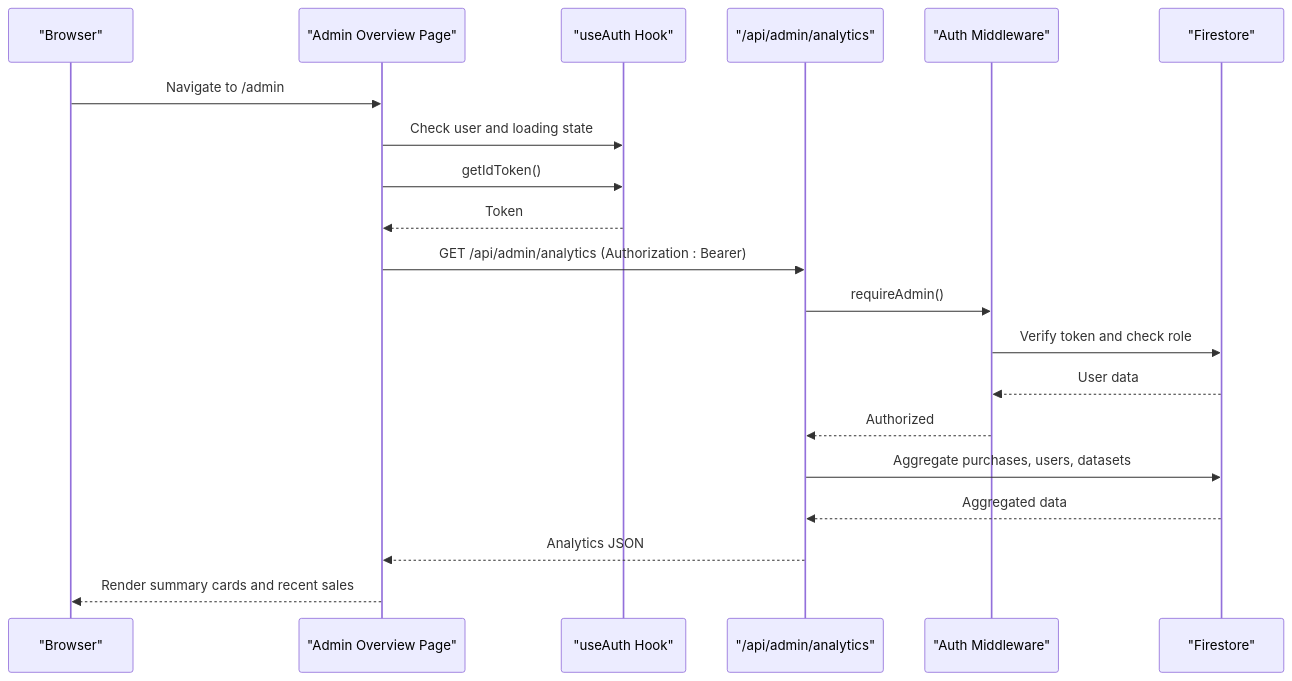
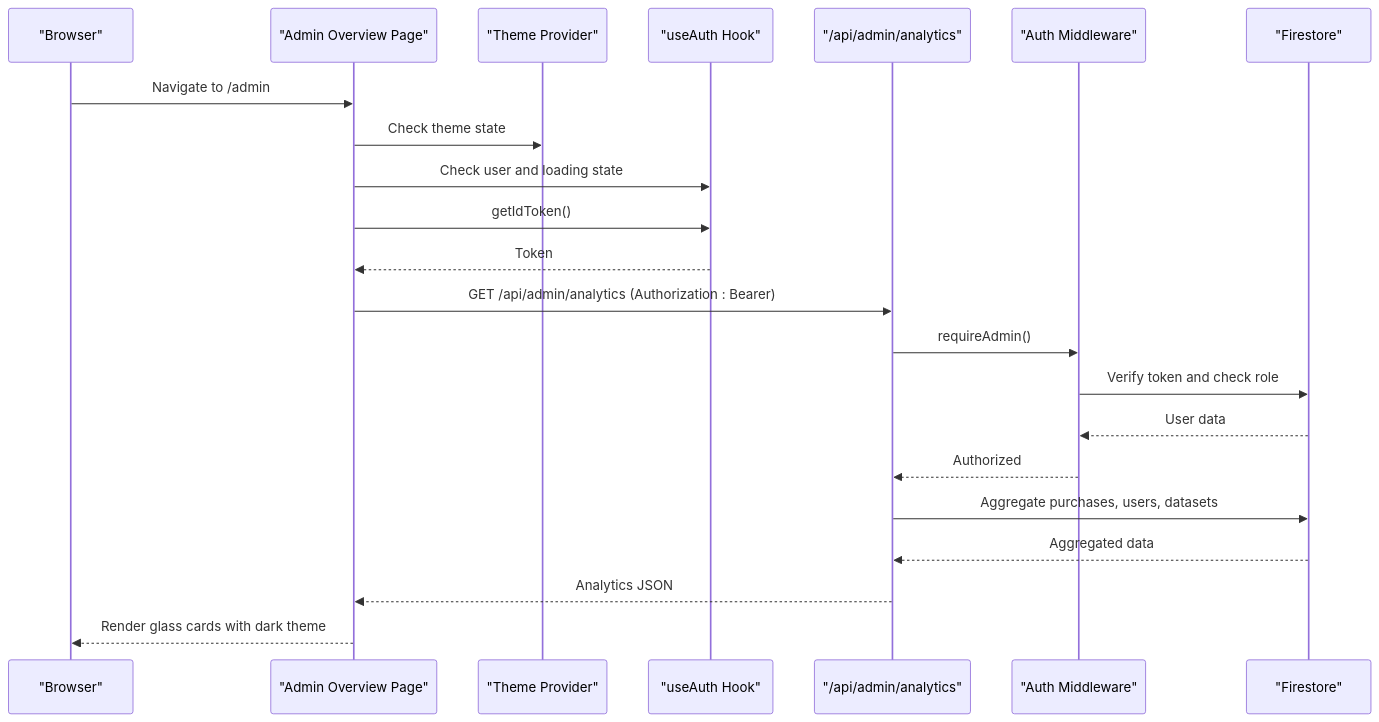
One commit to alikizang/datafrica changed the second of 6 diagrams in .qoder/repowiki/en/content/Admin Panel/Admin Dashboard Overview.md. Above: the diagram before and after it, drawn with Mermaid. The commit also changed other lines of this file and 21 other files, not shown here.

````diff
--- a/.qoder/repowiki/en/content/Admin Panel/Admin Dashboard Overview.md
+++ b/.qoder/repowiki/en/content/Admin Panel/Admin Dashboard Overview.md
@@ -135,22 +163,24 @@
 ```mermaid
 sequenceDiagram
 participant Browser as "Browser"
 participant AdminPage as "Admin Overview Page"
+participant ThemeProvider as "Theme Provider"
 participant AuthHook as "useAuth Hook"
 participant API as "/api/admin/analytics"
 participant Middleware as "Auth Middleware"
 participant Firestore as "Firestore"
 Browser->>AdminPage : Navigate to /admin
+AdminPage->>ThemeProvider : Check theme state
 AdminPage->>AuthHook : Check user and loading state
 AdminPage->>AuthHook : getIdToken()
 AuthHook-->>AdminPage : Token
 AdminPage->>API : GET /api/admin/analytics (Authorization : Bearer)
 API->>Middleware : requireAdmin()
 Middleware->>Firestore : Verify token and check role
 Firestore-->>Middleware : User data
 Middleware-->>API : Authorized
 API->>Firestore : Aggregate purchases, users, datasets
 Firestore-->>API : Aggregated data
 API-->>AdminPage : Analytics JSON
-AdminPage-->>Browser : Render summary cards and recent sales
+AdminPage-->>Browser : Render glass cards with dark theme
 ```
````
